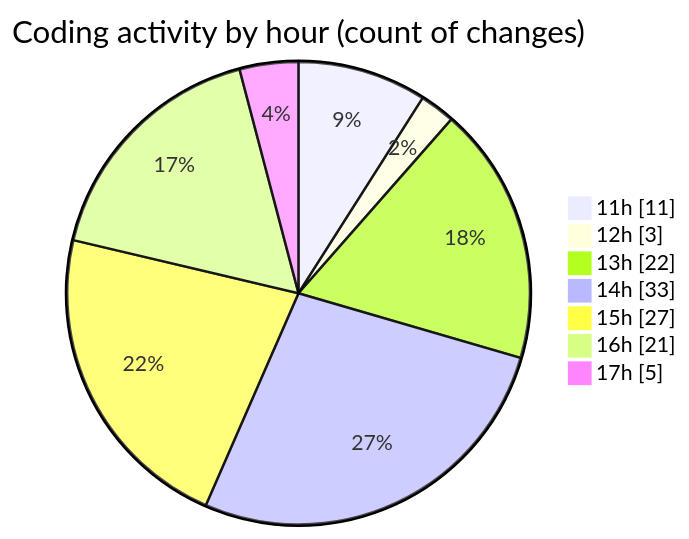
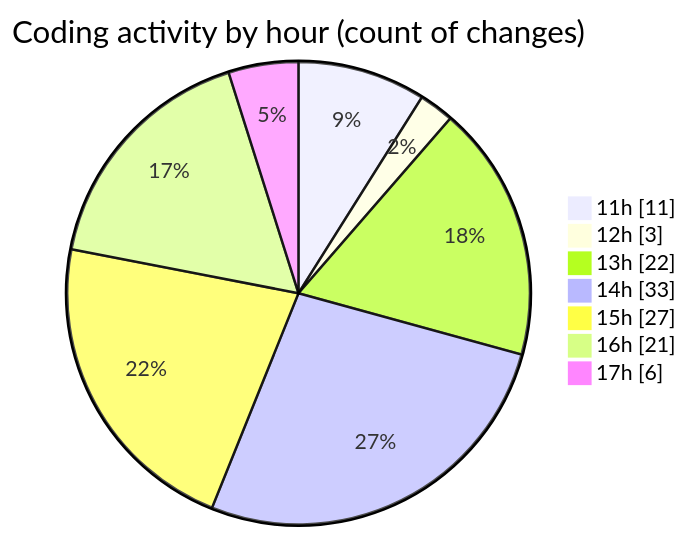
One commit to momahboobian/code-tracking changed the second of 2 diagrams in 2026-05-20/cda/README.md. Above: the diagram before and after it, drawn with Mermaid. The commit also changed other lines of this file and 1 other file, not shown here.

````diff
--- a/2026-05-20/cda/README.md
+++ b/2026-05-20/cda/README.md
@@ -54,11 +54,11 @@
 ```mermaid
 pie showData
 title Coding activity by hour (count of changes)
 "11h" : 11
 "12h" : 3
 "13h" : 22
 "14h" : 33
 "15h" : 27
 "16h" : 21
-"17h" : 5
+"17h" : 6
 ```
````
